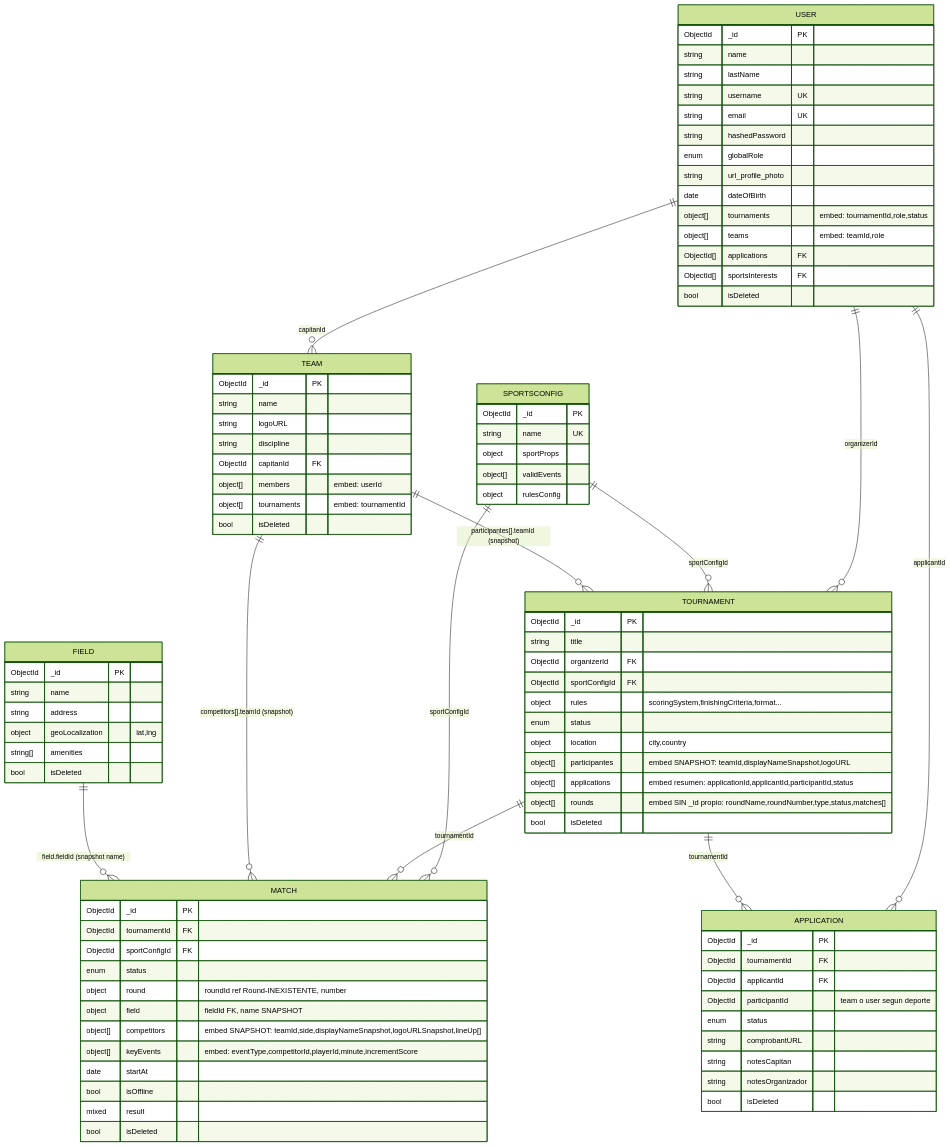
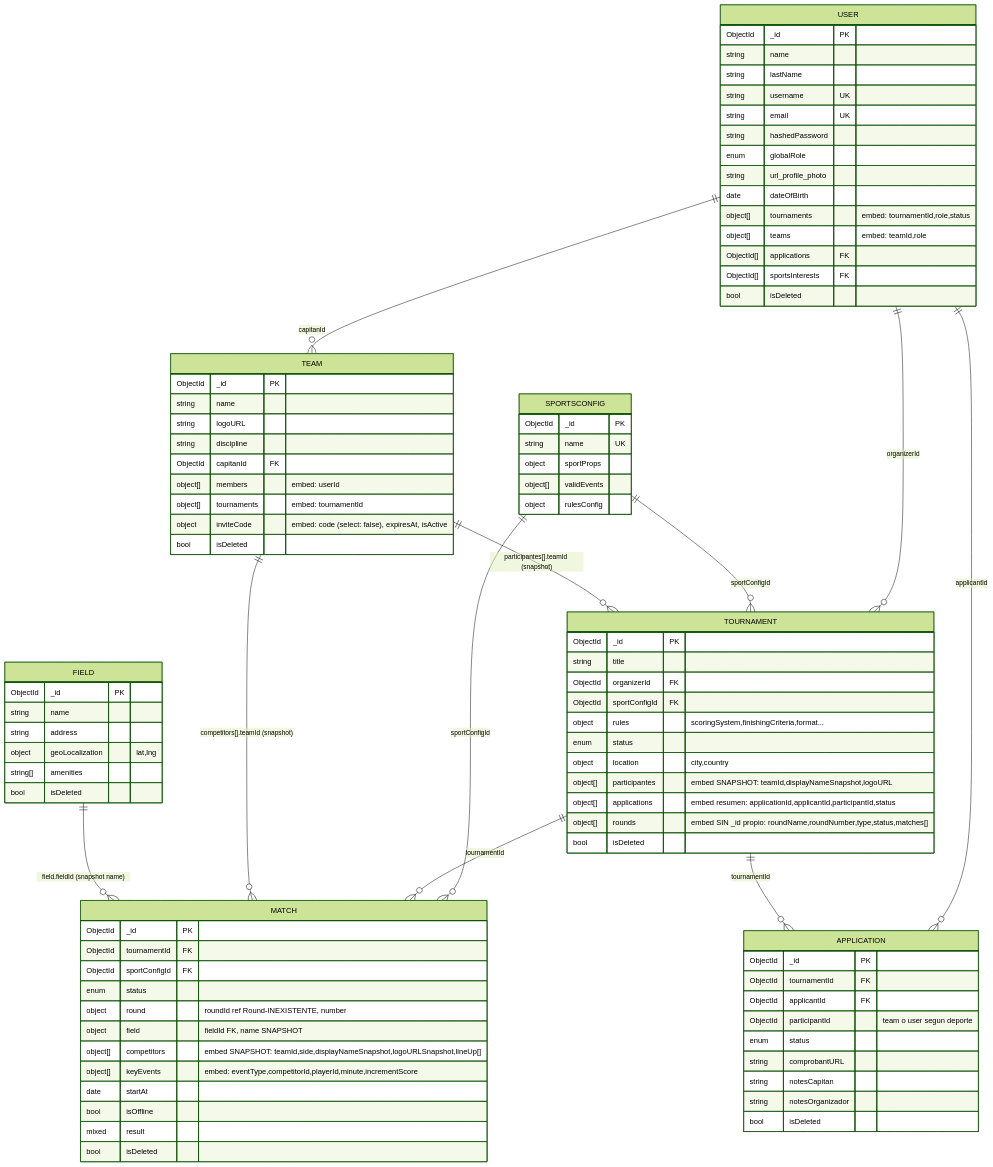
The diagram in contexto/04-Modelo-de-Datos (1).md (RamiroRodriguezC/gestor-torneos), drawn with Mermaid (forest theme) before and after one commit. The commit also changed 4 other files, not shown here.

```diff
--- a/contexto/04-Modelo-de-Datos (1).md
+++ b/contexto/04-Modelo-de-Datos (1).md
@@ -39,6 +39,7 @@
         ObjectId capitanId FK
         object[] members "embed: userId"
         object[] tournaments "embed: tournamentId"
+        object inviteCode "embed: code (select: false), expiresAt, isActive"
         bool isDeleted
     }
 
```
